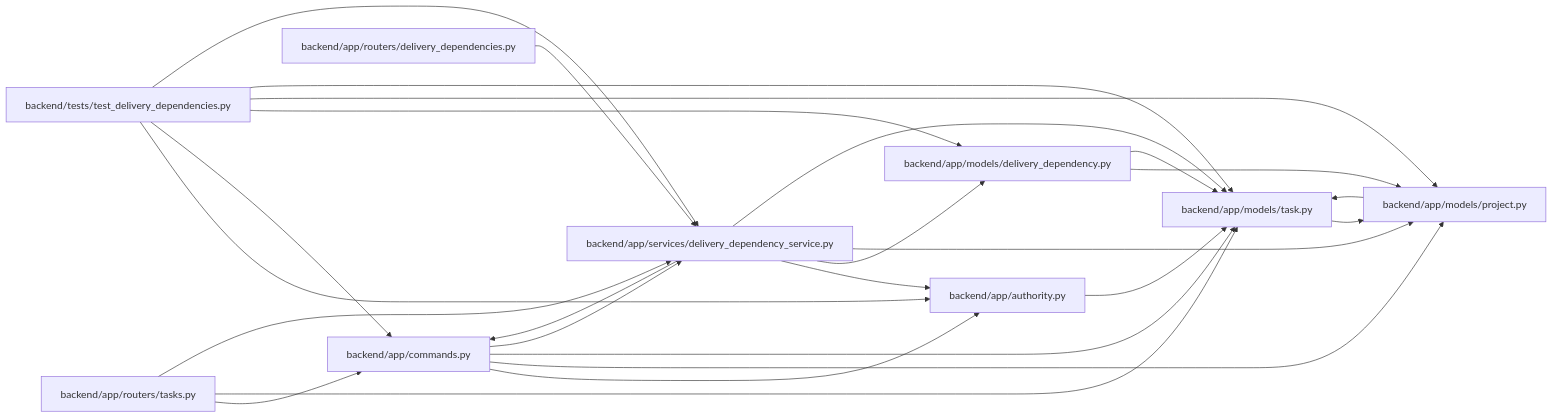
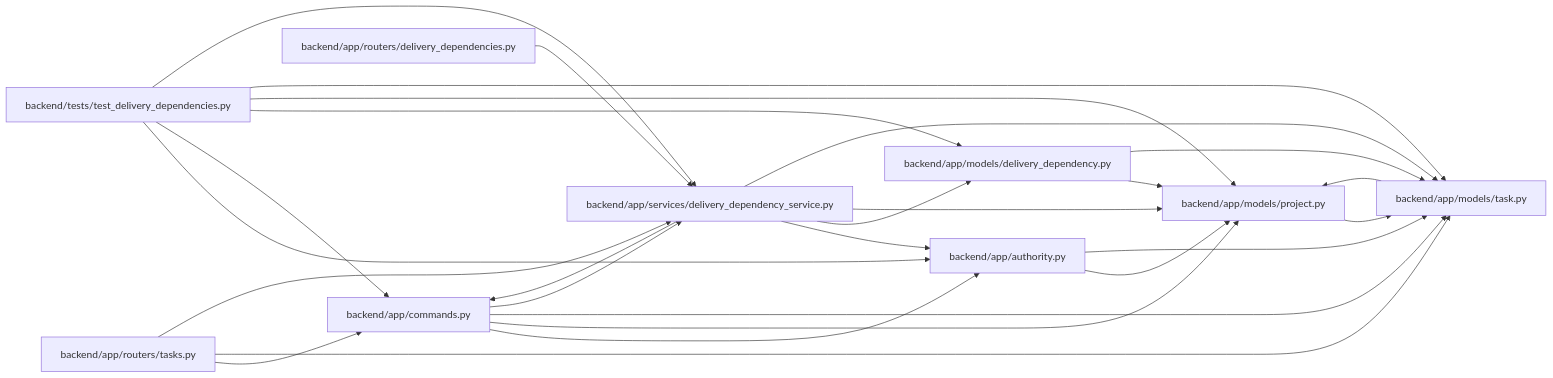
The diagram in docs/llm_wiki/modules/delivery_dependency_service.md (Denissvgn/WorkChord), drawn with Mermaid before and after one commit. The commit also changed 10148 other files, not shown here.

````diff
--- a/docs/llm_wiki/modules/delivery_dependency_service.md
+++ b/docs/llm_wiki/modules/delivery_dependency_service.md
@@ -24,45 +24,46 @@
 ```mermaid
 flowchart LR
     n0["backend/app/authority.py"]
     n1["backend/app/commands.py"]
     n2["backend/app/models/delivery_dependency.py"]
     n3["backend/app/models/project.py"]
     n4["backend/app/models/task.py"]
     n5["backend/app/routers/delivery_dependencies.py"]
     n6["backend/app/routers/tasks.py"]
     n7["backend/app/services/delivery_dependency_service.py"]
     n8["backend/tests/test_delivery_dependencies.py"]
+    n0 --> n3
     n0 --> n4
     n1 --> n0
     n1 --> n3
     n1 --> n4
     n1 --> n7
     n2 --> n3
     n2 --> n4
     n3 --> n4
     n4 --> n3
     n5 --> n7
     n6 --> n1
     n6 --> n4
     n6 --> n7
     n7 --> n0
     n7 --> n1
     n7 --> n2
     n7 --> n3
     n7 --> n4
     n8 --> n0
     n8 --> n1
     n8 --> n2
     n8 --> n3
     n8 --> n4
     n8 --> n7
     click n0 "../modules/authority.md"
     click n1 "../modules/commands.md"
     click n2 "../modules/delivery_dependency.md"
     click n3 "../modules/models_project.md"
     click n4 "../modules/models_task.md"
     click n5 "../modules/delivery_dependencies.md"
     click n6 "../modules/tasks.md"
     click n7 "../modules/delivery_dependency_service.md"
     click n8 "../modules/test_delivery_dependencies.md"
 ```
````
